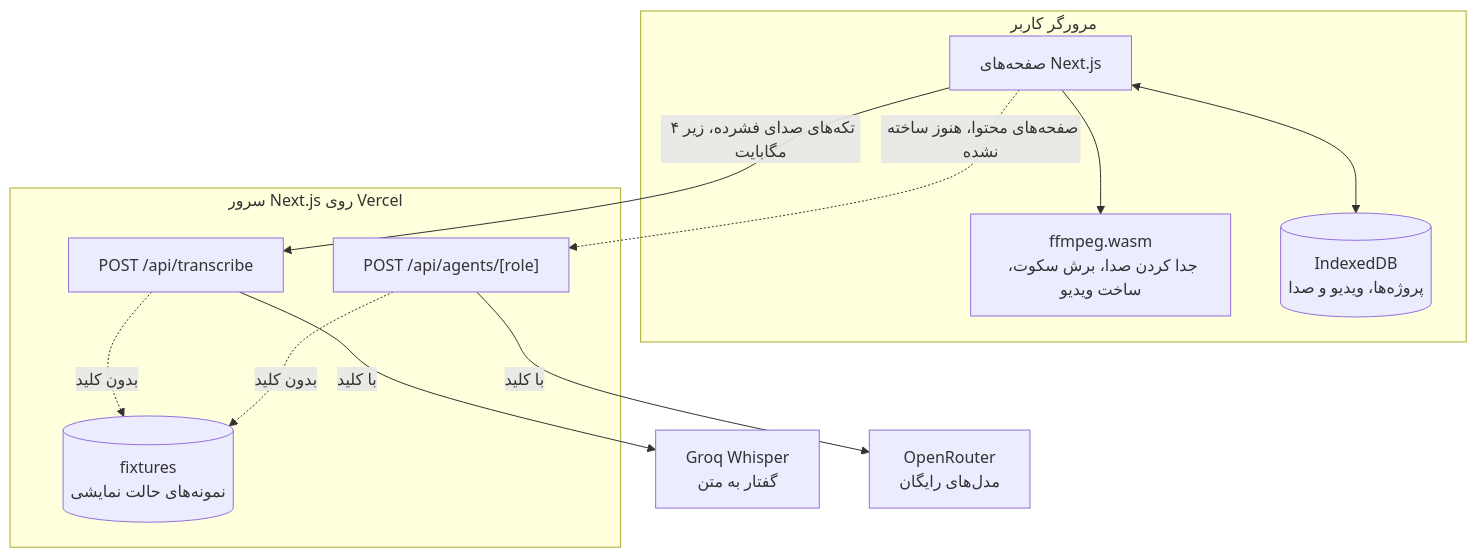
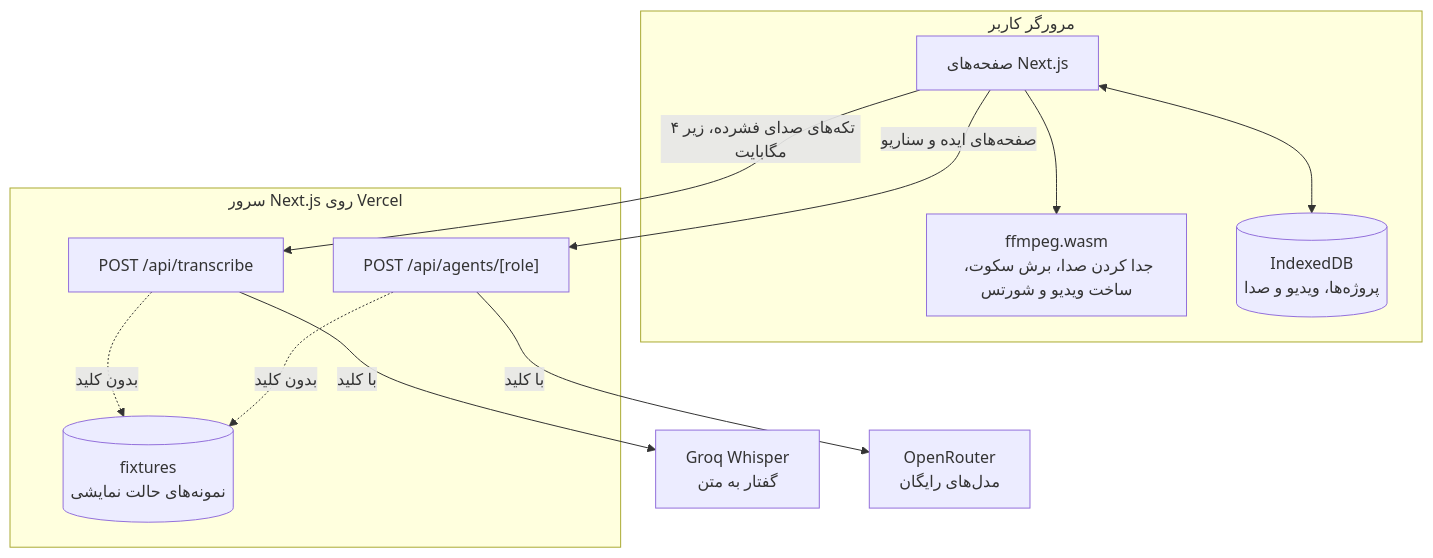
Before and after one commit to elenaabbasabadi85-hash/IRAN-STUDIO: the diagram in README.md, drawn with Mermaid. The commit also changed other lines of this file, not shown here.

````diff
--- a/README.md
+++ b/README.md
@@ -53,23 +53,23 @@
 ```mermaid
 flowchart TB
   subgraph browser["مرورگر کاربر"]
     pages["صفحه‌های Next.js"]
-    ffmpeg["ffmpeg.wasm<br/>جدا کردن صدا، برش سکوت، ساخت ویدیو"]
+    ffmpeg["ffmpeg.wasm<br/>جدا کردن صدا، برش سکوت، ساخت ویدیو و شورتس"]
     idb[("IndexedDB<br/>پروژه‌ها، ویدیو و صدا")]
   end
   subgraph server["سرور Next.js روی Vercel"]
     transcribe["POST /api/transcribe"]
     agents["POST /api/agents/[role]"]
     fixtures[("fixtures<br/>نمونه‌های حالت نمایشی")]
   end
   groq["Groq Whisper<br/>گفتار به متن"]
   openrouter["OpenRouter<br/>مدل‌های رایگان"]
   pages --> ffmpeg
   pages <--> idb
   pages -- "تکه‌های صدای فشرده، زیر ۴ مگابایت" --> transcribe
-  pages -. "صفحه‌های محتوا، هنوز ساخته نشده" .-> agents
+  pages -- "صفحه‌های ایده و سناریو" --> agents
   transcribe -- "با کلید" --> groq
   agents -- "با کلید" --> openrouter
   transcribe -. "بدون کلید" .-> fixtures
   agents -. "بدون کلید" .-> fixtures
 ```
````
